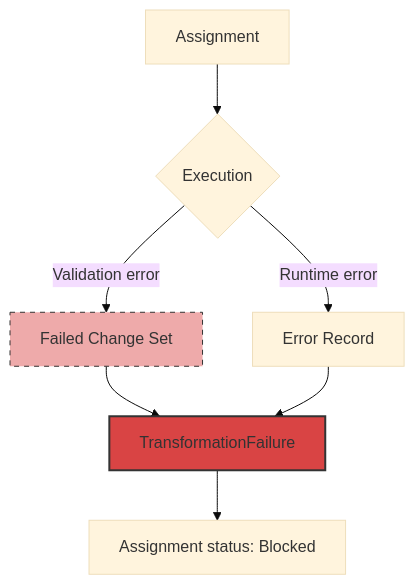
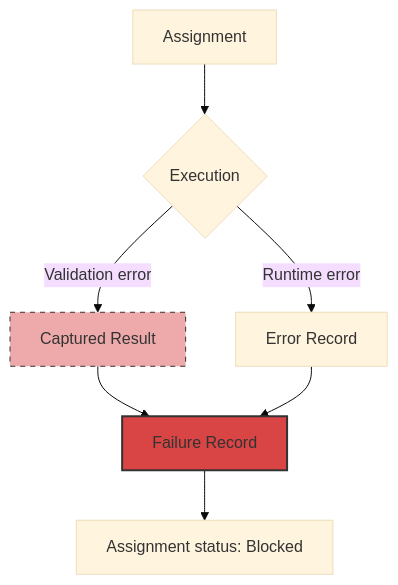
Before and after one commit to Mikhail-Shakhnazarov/earmark-kernel: the diagram in docs/concepts/failures.md, drawn with Mermaid (base theme). The commit also changed other lines of this file and 26 other files, not shown here.

````diff
--- a/docs/concepts/failures.md
+++ b/docs/concepts/failures.md
@@ -9,14 +9,14 @@
 ```mermaid
 flowchart TD
     A[Assignment] --> B{Execution}
-    B -->|Validation error| CS[Failed Change Set]
+    B -->|Validation error| CS[Captured Result]
     B -->|Runtime error| E[Error Record]
 
-    CS --> F[TransformationFailure]
+    CS --> F[Failure Record]
     E --> F
 
     F --> BA[Assignment status: Blocked]
 
     style F fill:#d94444,stroke:#333,stroke-width:2px
     style CS fill:#eaa,stroke:#333,stroke-dasharray: 5 5
 ```
````
